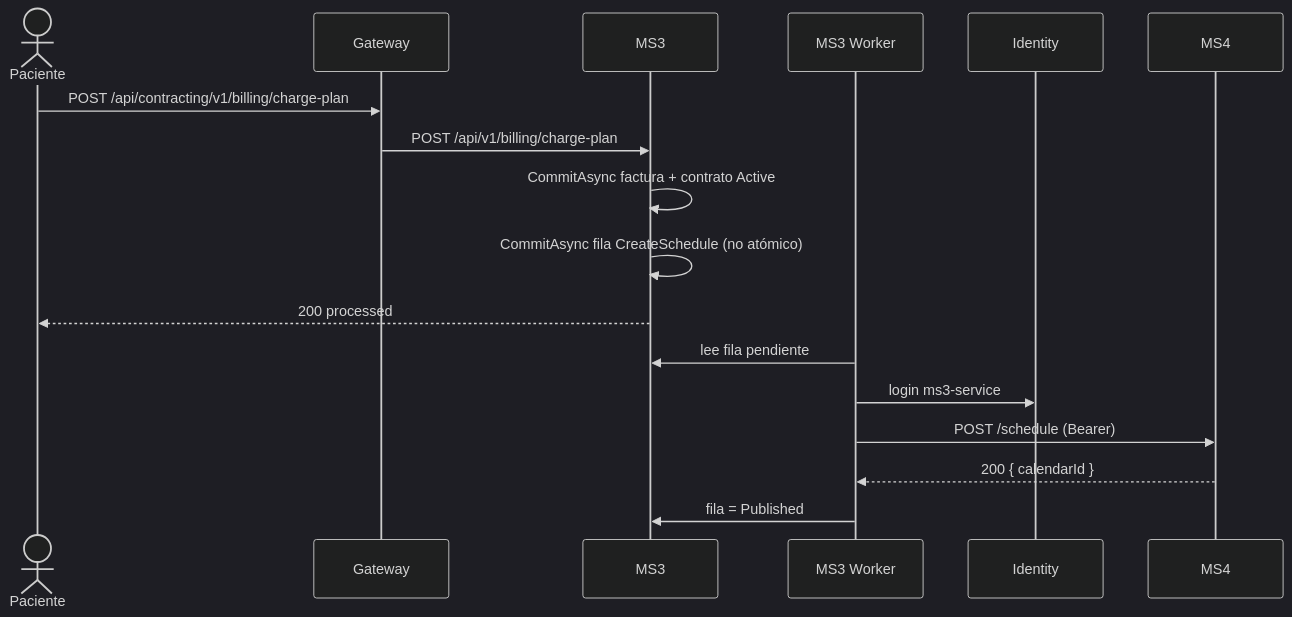
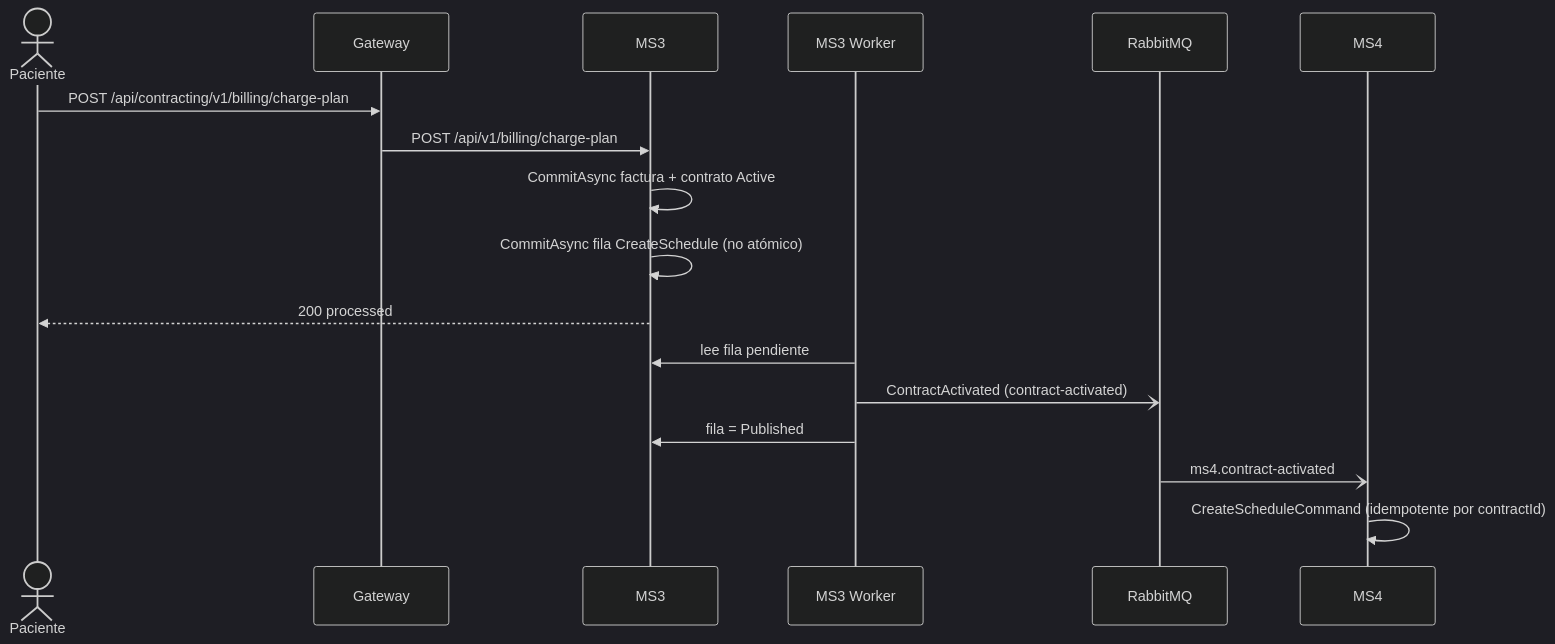
One commit to Nur-tricenter/knowledge changed the second of 4 diagrams in services/ms3-contracting/flows.md. Above: the diagram before and after it, drawn with Mermaid (dark theme). The commit also changed other lines of this file and 43 other files, not shown here.

````diff
--- a/services/ms3-contracting/flows.md
+++ b/services/ms3-contracting/flows.md
@@ -56,19 +57,19 @@
 ```mermaid
 sequenceDiagram
   actor P as Paciente
   participant GW as Gateway
   participant MS3
   participant W as MS3 Worker
-  participant ID as Identity
+  participant MQ as RabbitMQ
   participant MS4
   P->>GW: POST /api/contracting/v1/billing/charge-plan
   GW->>MS3: POST /api/v1/billing/charge-plan
   MS3->>MS3: CommitAsync factura + contrato Active
   MS3->>MS3: CommitAsync fila CreateSchedule (no atómico)
   MS3-->>P: 200 processed
   W->>MS3: lee fila pendiente
-  W->>ID: login ms3-service
-  W->>MS4: POST /schedule (Bearer)
-  MS4-->>W: 200 { calendarId }
+  W-)MQ: ContractActivated (contract-activated)
   W->>MS3: fila = Published
+  MQ-)MS4: ms4.contract-activated
+  MS4->>MS4: CreateScheduleCommand (idempotente por contractId)
 ```
````
